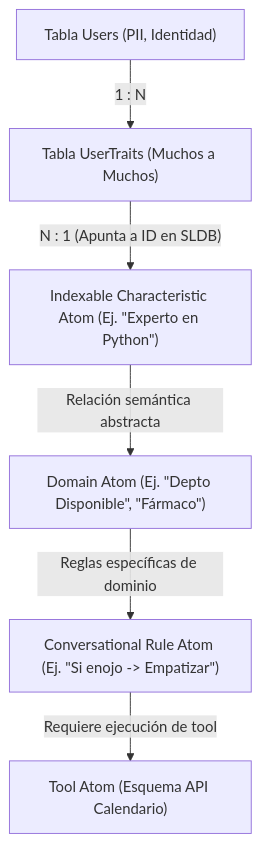
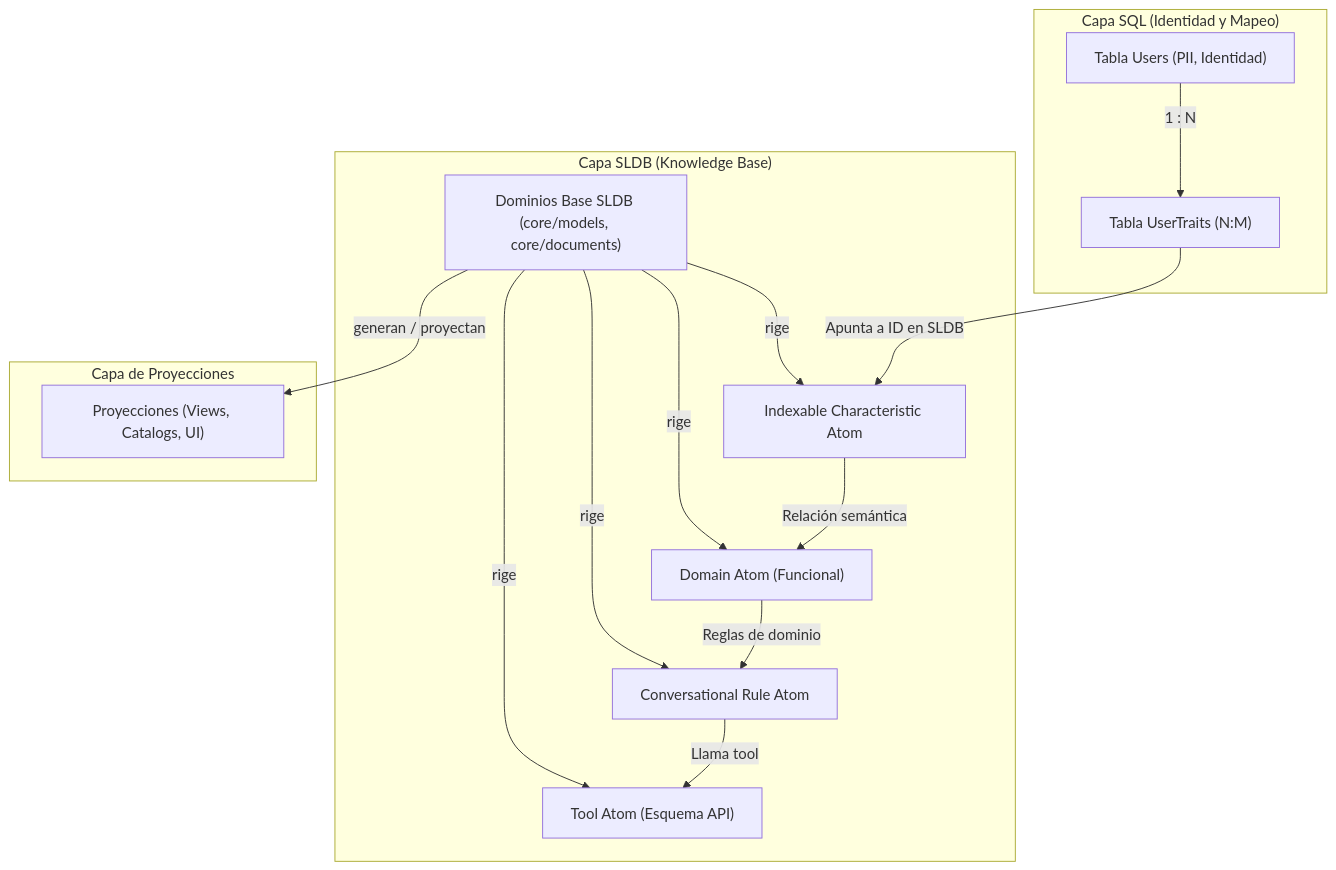
The diagram in desk/spec2viz/build/component.knowledge-ontology.mmd (jpcosec/conversational-agent-arch), drawn with Mermaid before and after one commit. The commit also changed 7 other files, not shown here.

Commit message:
refactor: apply second batch of architectural feedback from exported comments

```diff
--- a/desk/spec2viz/build/component.knowledge-ontology.mmd
+++ b/desk/spec2viz/build/component.knowledge-ontology.mmd
@@ -1,12 +1,25 @@
 graph TD
-    sql_users["Tabla Users (PII, Identidad)"]
-    sql_user_traits["Tabla UserTraits (Muchos a Muchos)"]
-    trait_atom["Indexable Characteristic Atom (Ej. #quot;Experto en Python#quot;)"]
-    domain_atom["Domain Atom (Ej. #quot;Depto Disponible#quot;, #quot;Fármaco#quot;)"]
-    rule_atom["Conversational Rule Atom (Ej. #quot;Si enojo -#gt; Empatizar#quot;)"]
-    tool_atom["Tool Atom (Esquema API Calendario)"]
+    subgraph layer_sql ["Capa SQL (Identidad y Mapeo)"]
+        sql_users["Tabla Users (PII, Identidad)"]
+        sql_user_traits["Tabla UserTraits (N:M)"]
+    end
+    subgraph layer_sldb ["Capa SLDB (Knowledge Base)"]
+        sldb_core_domains["Dominios Base SLDB (core/models, core/documents)"]
+        trait_atom["Indexable Characteristic Atom"]
+        domain_atom["Domain Atom (Funcional)"]
+        rule_atom["Conversational Rule Atom"]
+        tool_atom["Tool Atom (Esquema API)"]
+    end
+    subgraph layer_projections ["Capa de Proyecciones"]
+        projections_ui["Proyecciones (Views, Catalogs, UI)"]
+    end
     sql_users -->|"1 : N"| sql_user_traits
-    sql_user_traits -->|"N : 1 (Apunta a ID en SLDB)"| trait_atom
-    trait_atom -->|"Relación semántica abstracta"| domain_atom
-    domain_atom -->|"Reglas específicas de dominio"| rule_atom
-    rule_atom -->|"Requiere ejecución de tool"| tool_atom
+    sql_user_traits -->|"Apunta a ID en SLDB"| trait_atom
+    sldb_core_domains -->|"rige"| trait_atom
+    sldb_core_domains -->|"rige"| domain_atom
+    sldb_core_domains -->|"rige"| rule_atom
+    sldb_core_domains -->|"rige"| tool_atom
+    trait_atom -->|"Relación semántica"| domain_atom
+    domain_atom -->|"Reglas de dominio"| rule_atom
+    rule_atom -->|"Llama tool"| tool_atom
+    sldb_core_domains -->|"generan / proyectan"| projections_ui
```
